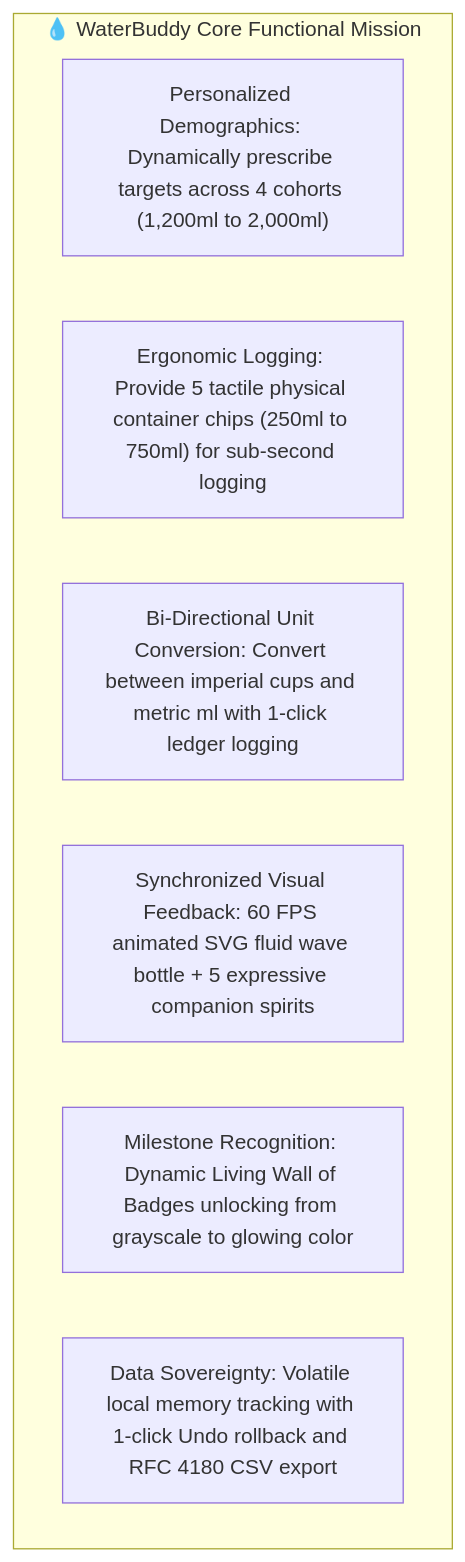
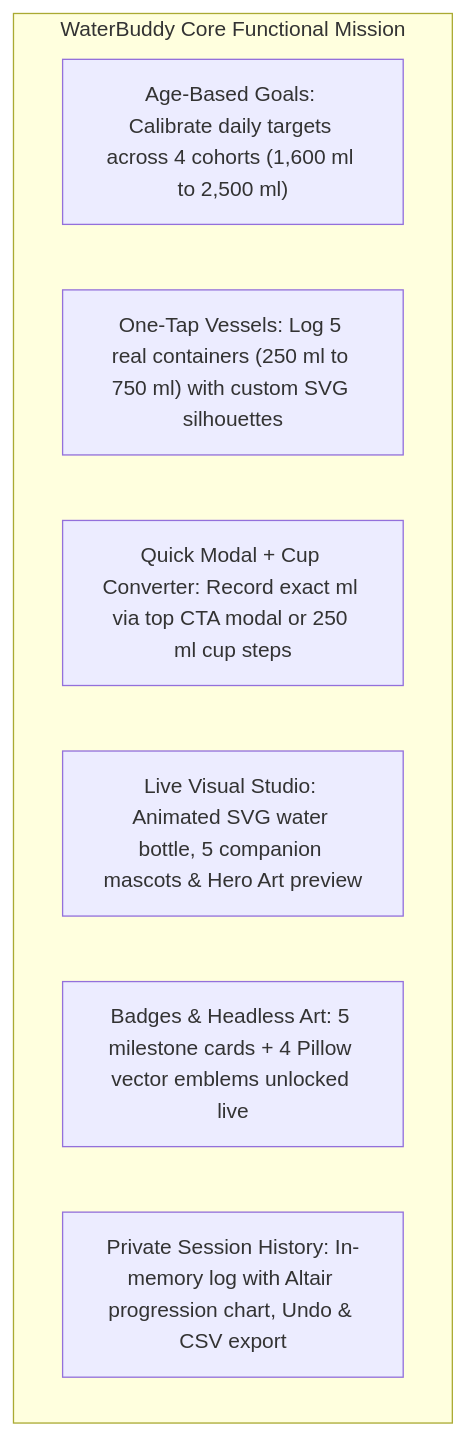
The first of 7 diagrams in README.md (parthibcpana/IDAI102-1000544-PARTH-PARVINBHAI-GAJERA), drawn with Mermaid before and after one commit. The commit also changed other lines of this file and 11 other files, not shown here.

Commit message:
Redesign WaterBuddy Coastal Oasis UI, custom SVG icons, + Log Drink modal, and updated README gallery

````diff
--- a/README.md
+++ b/README.md
@@ -63,11 +58,11 @@
 ```mermaid
 flowchart TD
-    subgraph Core_Mission ["💧 WaterBuddy Core Functional Mission"]
-        M1["Personalized Demographics: Dynamically prescribe targets across 4 cohorts (1,200ml to 2,000ml)"]
-        M2["Ergonomic Logging: Provide 5 tactile physical container chips (250ml to 750ml) for sub-second logging"]
-        M3["Bi-Directional Unit Conversion: Convert between imperial cups and metric ml with 1-click ledger logging"]
-        M4["Synchronized Visual Feedback: 60 FPS animated SVG fluid wave bottle + 5 expressive companion spirits"]
-        M5["Milestone Recognition: Dynamic Living Wall of Badges unlocking from grayscale to glowing color"]
-        M6["Data Sovereignty: Volatile local memory tracking with 1-click Undo rollback and RFC 4180 CSV export"]
+    subgraph Core_Mission ["WaterBuddy Core Functional Mission"]
+        M1["Age-Based Goals: Calibrate daily targets across 4 cohorts (1,600 ml to 2,500 ml)"]
+        M2["One-Tap Vessels: Log 5 real containers (250 ml to 750 ml) with custom SVG silhouettes"]
+        M3["Quick Modal + Cup Converter: Record exact ml via top CTA modal or 250 ml cup steps"]
+        M4["Live Visual Studio: Animated SVG water bottle, 5 companion mascots & Hero Art preview"]
+        M5["Badges & Headless Art: 5 milestone cards + 4 Pillow vector emblems unlocked live"]
+        M6["Private Session History: In-memory log with Altair progression chart, Undo & CSV export"]
     end
 ```
````
